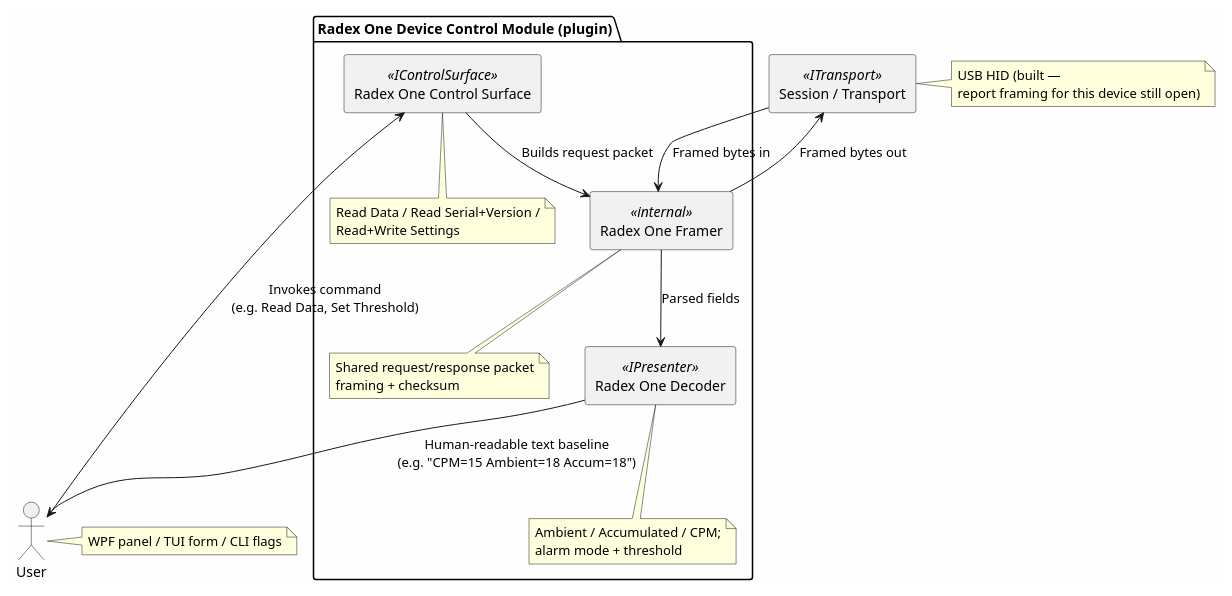
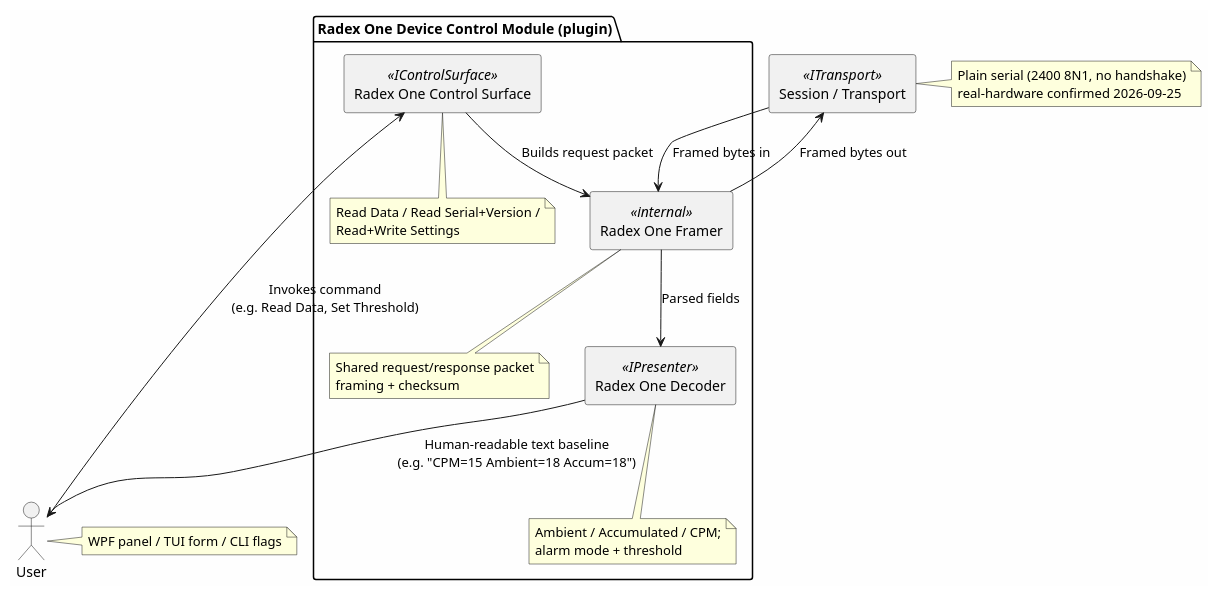
The diagram in docs/design/proposals/radex-one-protocol.md (OutOfBandDevelopment/dev-term), drawn with PlantUML before and after one commit. The commit also changed other lines of this file and 17 other files, not shown here.

````diff
--- a/docs/design/proposals/radex-one-protocol.md
+++ b/docs/design/proposals/radex-one-protocol.md
@@ -84,28 +127,28 @@
 ```plantuml
 @startuml
 skinparam componentStyle rectangle
 skinparam backgroundColor #FEFEFE
 
 actor "User" as user
 note right of user : WPF panel / TUI form / CLI flags
 
 package "Radex One Device Control Module (plugin)" {
   [Radex One Control Surface] <<IControlSurface>> as surface
   note bottom of surface : Read Data / Read Serial+Version /\nRead+Write Settings
   [Radex One Framer] <<internal>> as framer
   note bottom of framer : Shared request/response packet\nframing + checksum
   [Radex One Decoder] <<IPresenter>> as decoder
   note bottom of decoder : Ambient / Accumulated / CPM;\nalarm mode + threshold
 }
 
 [Session / Transport] <<ITransport>> as transport
-note right of transport : USB HID (built —\nreport framing for this device still open)
+note right of transport : Plain serial (2400 8N1, no handshake)\nreal-hardware confirmed 2026-09-25
 
 user --> surface : Invokes command\n(e.g. Read Data, Set Threshold)
 surface --> framer : Builds request packet
 framer --> transport : Framed bytes out
 transport --> framer : Framed bytes in
 framer --> decoder : Parsed fields
 decoder --> user : Human-readable text baseline\n(e.g. "CPM=15 Ambient=18 Accum=18")
 @enduml
 ```
````
